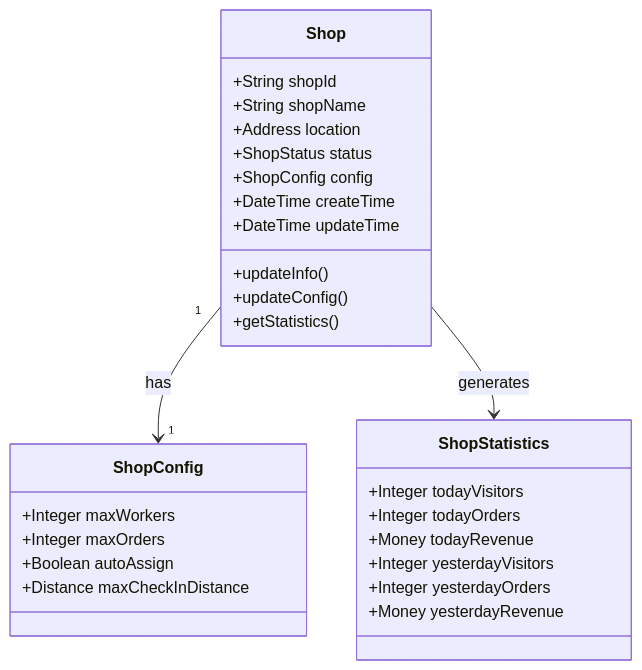
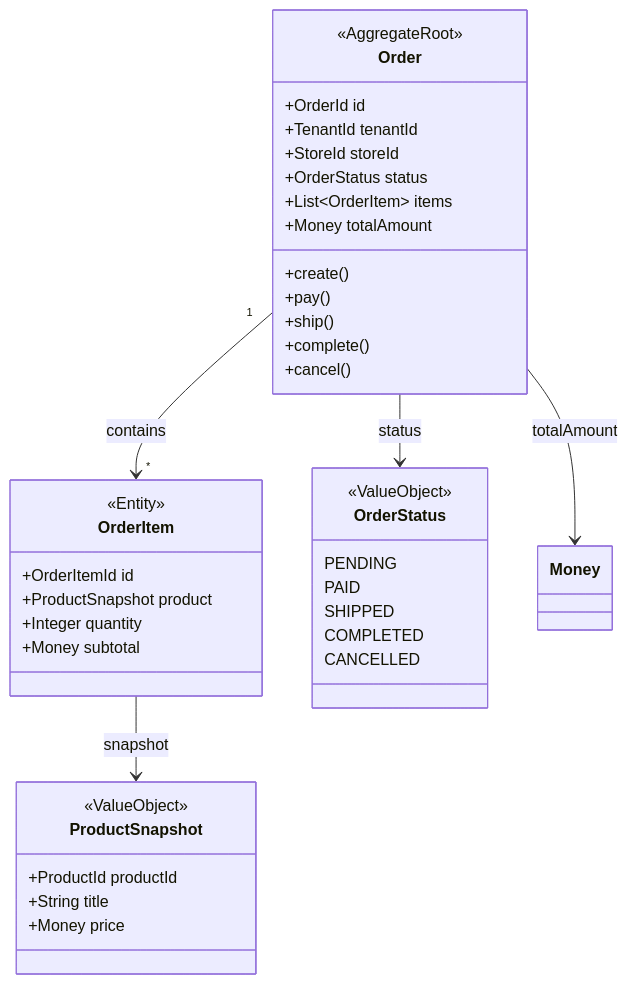
One commit to partme-ai/full-stack-skills changed the fourth of 8 diagrams in skills/document-skills/full-stack-doc/templates/root/7、领域模型设计.md. Above: the diagram before and after it, drawn with Mermaid. The commit also changed other lines of this file and 14 other files, not shown here.

````diff
--- a/skills/document-skills/full-stack-doc/templates/root/7、领域模型设计.md
+++ b/skills/document-skills/full-stack-doc/templates/root/7、领域模型设计.md
@@ -309,34 +166,46 @@
 ```mermaid
 classDiagram
-    class Shop {
-        +String shopId
-        +String shopName
-        +Address location
-        +ShopStatus status
-        +ShopConfig config
-        +DateTime createTime
-        +DateTime updateTime
-        +updateInfo()
-        +updateConfig()
-        +getStatistics()
+    class Order {
+        <<AggregateRoot>>
+        +OrderId id
+        +TenantId tenantId
+        +StoreId storeId
+        +OrderStatus status
+        +List~OrderItem~ items
+        +Money totalAmount
+        +create()
+        +pay()
+        +ship()
+        +complete()
+        +cancel()
     }
-    
-    class ShopConfig {
-        +Integer maxWorkers
-        +Integer maxOrders
-        +Boolean autoAssign
-        +Distance maxCheckInDistance
+
+    class OrderItem {
+        <<Entity>>
+        +OrderItemId id
+        +ProductSnapshot product
+        +Integer quantity
+        +Money subtotal
     }
-    
-    class ShopStatistics {
-        +Integer todayVisitors
-        +Integer todayOrders
-        +Money todayRevenue
-        +Integer yesterdayVisitors
-        +Integer yesterdayOrders
-        +Money yesterdayRevenue
+
+    class ProductSnapshot {
+        <<ValueObject>>
+        +ProductId productId
+        +String title
+        +Money price
     }
-    
-    Shop "1" --> "1" ShopConfig : has
-    Shop --> ShopStatistics : generates
+
+    class OrderStatus {
+        <<ValueObject>>
+        PENDING
+        PAID
+        SHIPPED
+        COMPLETED
+        CANCELLED
+    }
+
+    Order "1" --> "*" OrderItem : contains
+    OrderItem --> ProductSnapshot : snapshot
+    Order --> OrderStatus : status
+    Order --> Money : totalAmount
 ```
````
